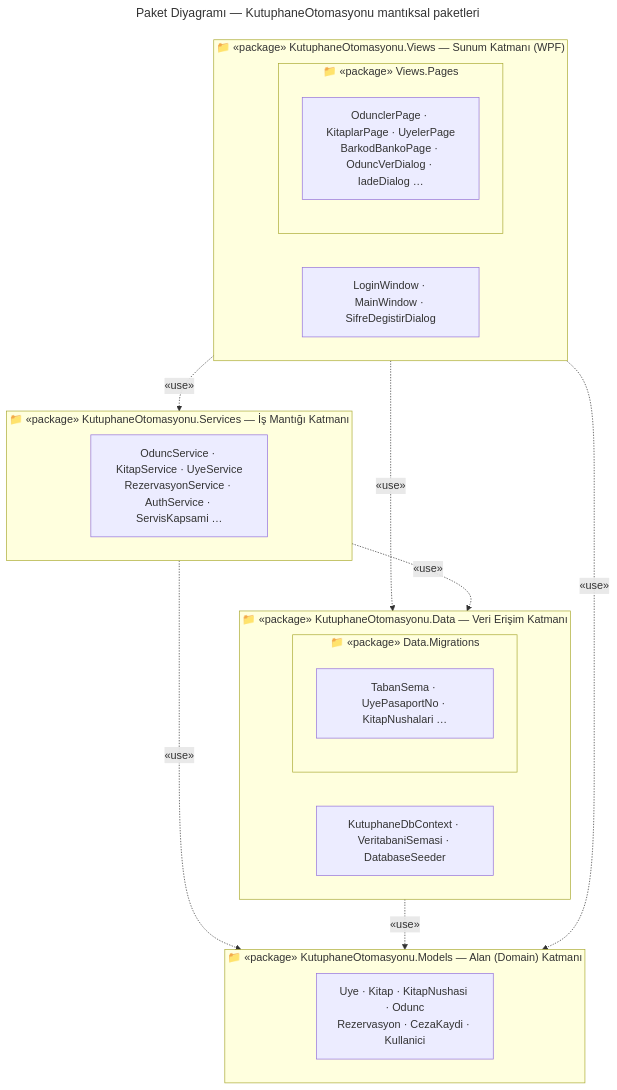
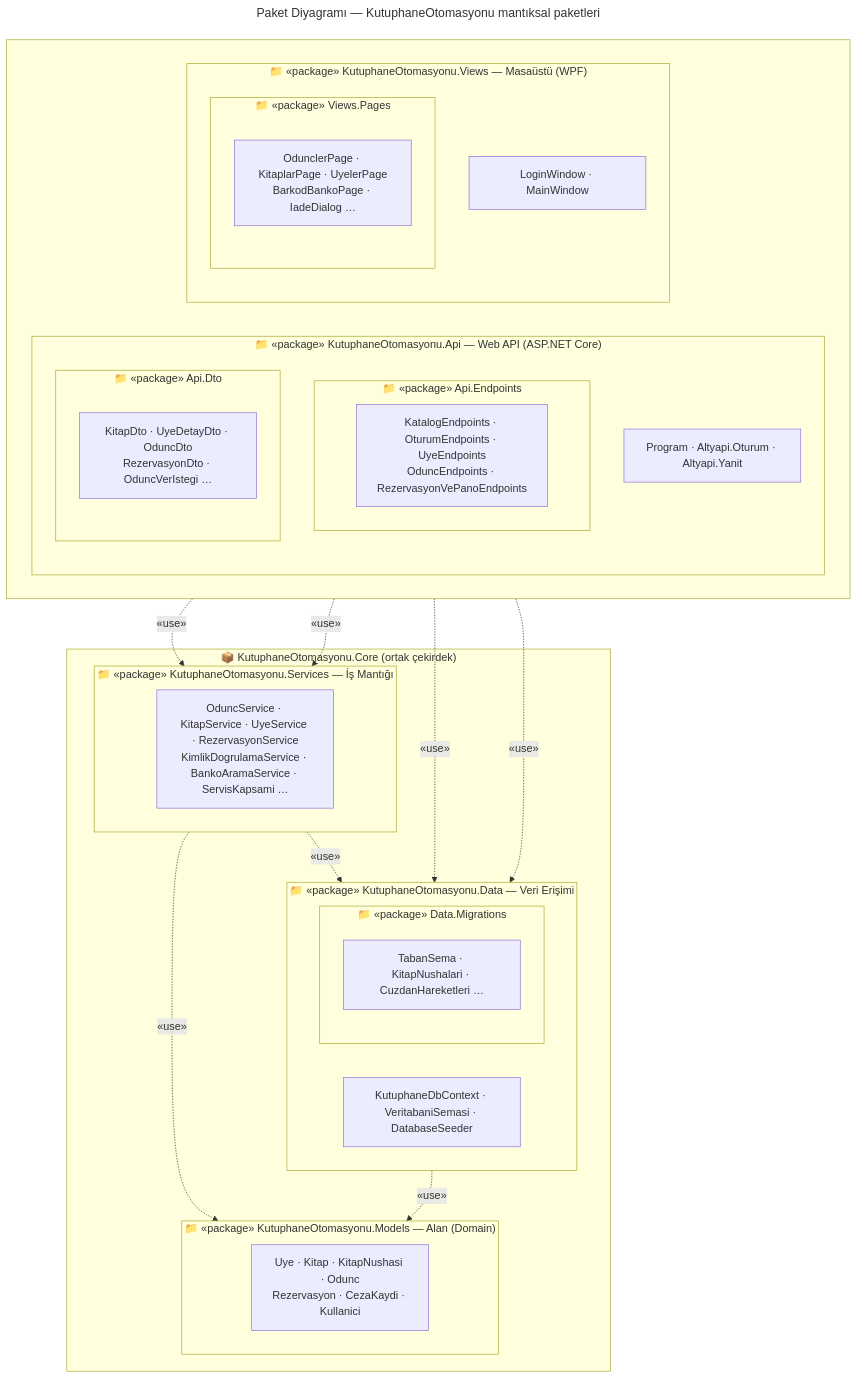
Before and after one commit to sudenurozturkk/KutuphaneOtomasyonu: the diagram in docs/uml/3-paket-diyagrami.mmd, drawn with Mermaid. The commit also changed 8 other files, not shown here.

First line of the commit message:
docs: cevrimici kullanim, Web API ve guncel UML diyagramlari

```diff
--- a/docs/uml/3-paket-diyagrami.mmd
+++ b/docs/uml/3-paket-diyagrami.mmd
@@ -1,32 +1,45 @@
 ---
 title: Paket Diyagramı — KutuphaneOtomasyonu mantıksal paketleri
 ---
 flowchart TB
-    subgraph Views["📁 «package» KutuphaneOtomasyonu.Views — Sunum Katmanı (WPF)"]
-        V["LoginWindow · MainWindow · SifreDegistirDialog"]
-        subgraph Pages["📁 «package» Views.Pages"]
-            P["OdunclerPage · KitaplarPage · UyelerPage<br/>BarkodBankoPage · OduncVerDialog · IadeDialog …"]
+    subgraph Sunum[" "]
+        direction LR
+        subgraph Api["📁 «package» KutuphaneOtomasyonu.Api — Web API (ASP.NET Core)"]
+            A1["Program · Altyapi.Oturum · Altyapi.Yanit"]
+            subgraph Endpoints["📁 «package» Api.Endpoints"]
+                A2["KatalogEndpoints · OturumEndpoints · UyeEndpoints<br/>OduncEndpoints · RezervasyonVePanoEndpoints"]
+            end
+            subgraph Dto["📁 «package» Api.Dto"]
+                A3["KitapDto · UyeDetayDto · OduncDto<br/>RezervasyonDto · OduncVerIstegi …"]
+            end
+        end
+        subgraph Views["📁 «package» KutuphaneOtomasyonu.Views — Masaüstü (WPF)"]
+            V["LoginWindow · MainWindow"]
+            subgraph Pages["📁 «package» Views.Pages"]
+                P["OdunclerPage · KitaplarPage · UyelerPage<br/>BarkodBankoPage · IadeDialog …"]
+            end
         end
     end
 
-    subgraph Services["📁 «package» KutuphaneOtomasyonu.Services — İş Mantığı Katmanı"]
-        S["OduncService · KitapService · UyeService<br/>RezervasyonService · AuthService · ServisKapsami …"]
-    end
-
-    subgraph Data["📁 «package» KutuphaneOtomasyonu.Data — Veri Erişim Katmanı"]
-        D["KutuphaneDbContext · VeritabaniSemasi · DatabaseSeeder"]
-        subgraph Migrations["📁 «package» Data.Migrations"]
-            M["TabanSema · UyePasaportNo · KitapNushalari …"]
+    subgraph Core["📦 KutuphaneOtomasyonu.Core (ortak çekirdek)"]
+        subgraph Services["📁 «package» KutuphaneOtomasyonu.Services — İş Mantığı"]
+            S["OduncService · KitapService · UyeService · RezervasyonService<br/>KimlikDogrulamaService · BankoAramaService · ServisKapsami …"]
+        end
+        subgraph Data["📁 «package» KutuphaneOtomasyonu.Data — Veri Erişimi"]
+            D["KutuphaneDbContext · VeritabaniSemasi · DatabaseSeeder"]
+            subgraph Migrations["📁 «package» Data.Migrations"]
+                M["TabanSema · KitapNushalari · CuzdanHareketleri …"]
+            end
+        end
+        subgraph Models["📁 «package» KutuphaneOtomasyonu.Models — Alan (Domain)"]
+            E["Uye · Kitap · KitapNushasi · Odunc<br/>Rezervasyon · CezaKaydi · Kullanici"]
         end
     end
 
-    subgraph Models["📁 «package» KutuphaneOtomasyonu.Models — Alan (Domain) Katmanı"]
-        E["Uye · Kitap · KitapNushasi · Odunc<br/>Rezervasyon · CezaKaydi · Kullanici"]
-    end
-
+    Api -. "«use»" .-> Services
     Views -. "«use»" .-> Services
+    Api -. "«use»" .-> Data
     Views -. "«use»" .-> Data
     Services -. "«use»" .-> Data
     Services -. "«use»" .-> Models
     Data -. "«use»" .-> Models
-    Views -. "«use»" .-> Models
```
